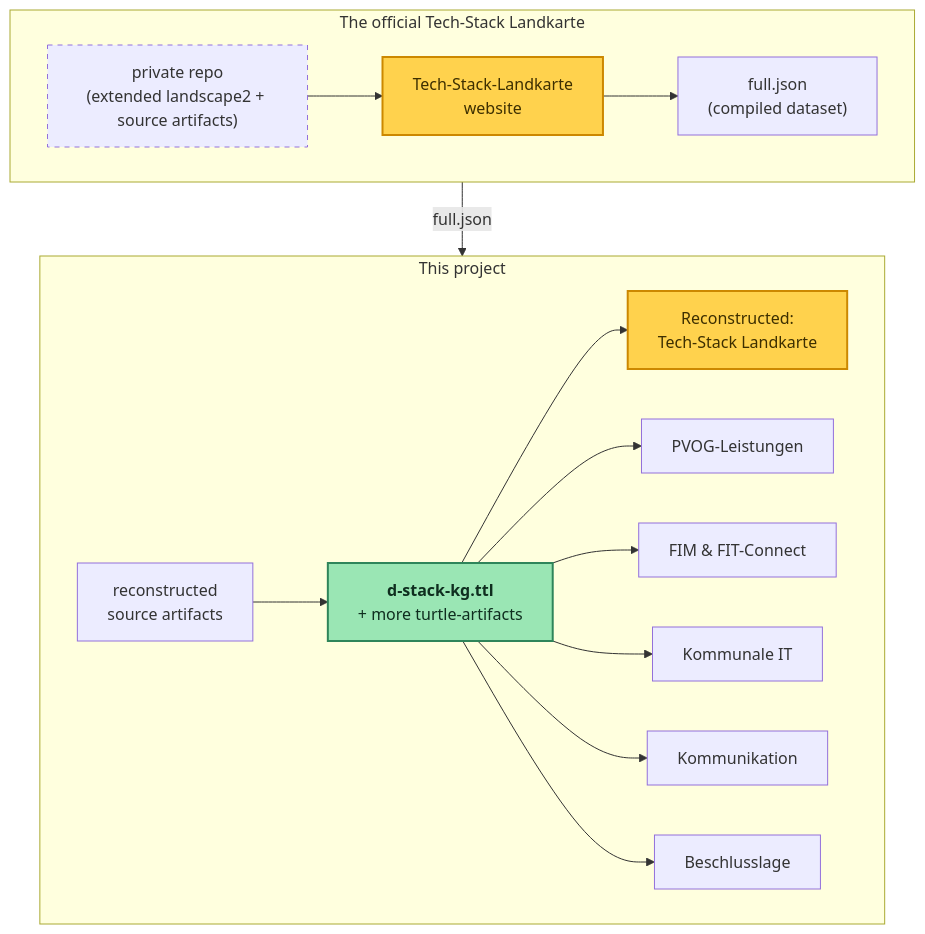
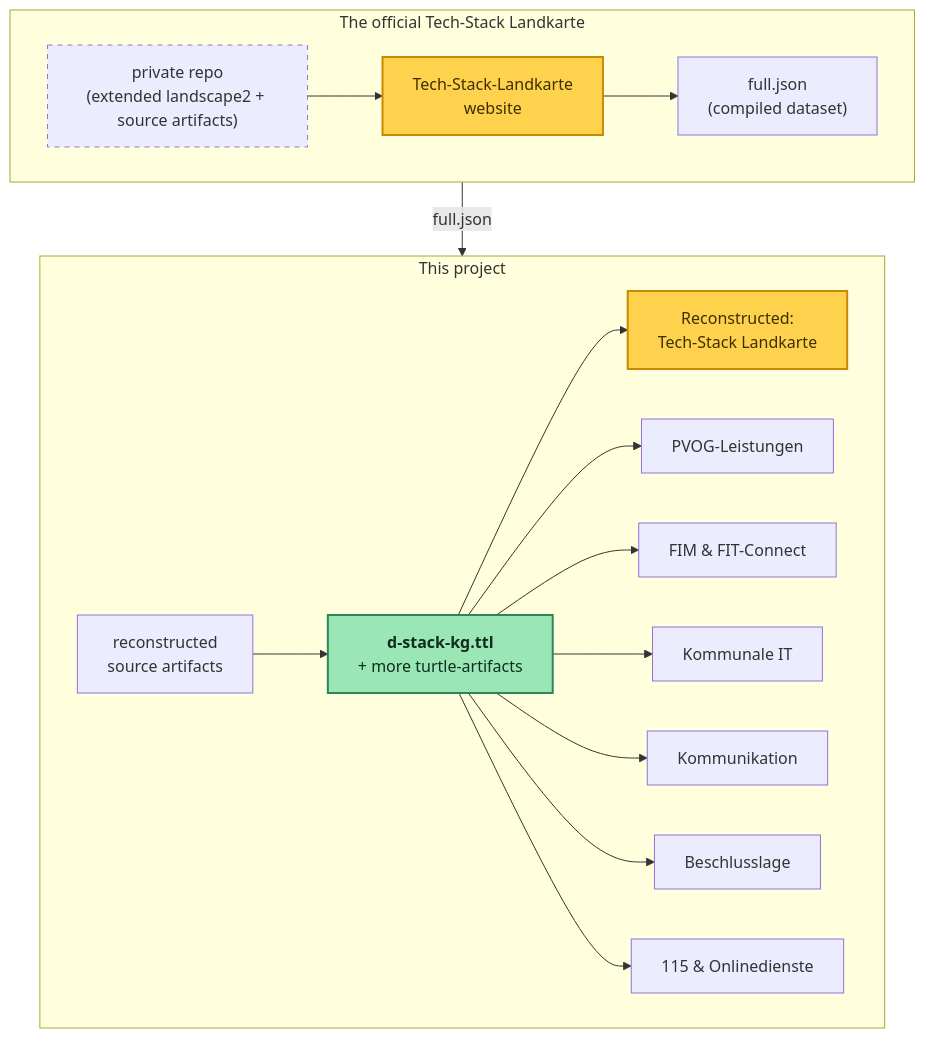
The diagram in README.md (benjaminaaron/d-stack-kg), drawn with Mermaid before and after one commit. The commit also changed other lines of this file and 12 other files, not shown here.

````diff
--- a/README.md
+++ b/README.md
@@ -24,26 +24,27 @@
 ```mermaid
     flowchart TB
     subgraph sq ["The official Tech-Stack Landkarte"]
         direction LR
         repo["private repo<br/>(extended landscape2 + source artifacts)"] --> site["Tech-Stack-Landkarte<br/>website"] --> json["full.json<br/>(compiled dataset)"]
     end
     subgraph kg ["This project"]
         direction LR
         yml["reconstructed<br/>source artifacts"] --> dstack["<b>d-stack-kg.ttl</b><br/>+ more turtle-artifacts"]
         dstack --> roundtrip["Reconstructed:</br>Tech-Stack Landkarte"]
         dstack --> leistungen["PVOG-Leistungen"]
         dstack --> fachdaten["FIM &amp; FIT-Connect"]
         dstack --> kommune["Kommunale IT"]
         dstack --> komm["Kommunikation"]
         dstack --> beschluss["Beschlusslage"]
+        dstack --> n115["115 &amp; Onlinedienste"]
     end
     sq -- "full.json" --> kg
 
     classDef private stroke-dasharray:5 5
     classDef key fill:#ffd24d,stroke:#cc8800,color:#3d2f00,stroke-width:2px
     classDef goal fill:#9ae6b4,stroke:#2f855a,color:#0f2e1f,stroke-width:2px
     class repo private
     class site key
     class roundtrip key
     class dstack goal
 ```
````
